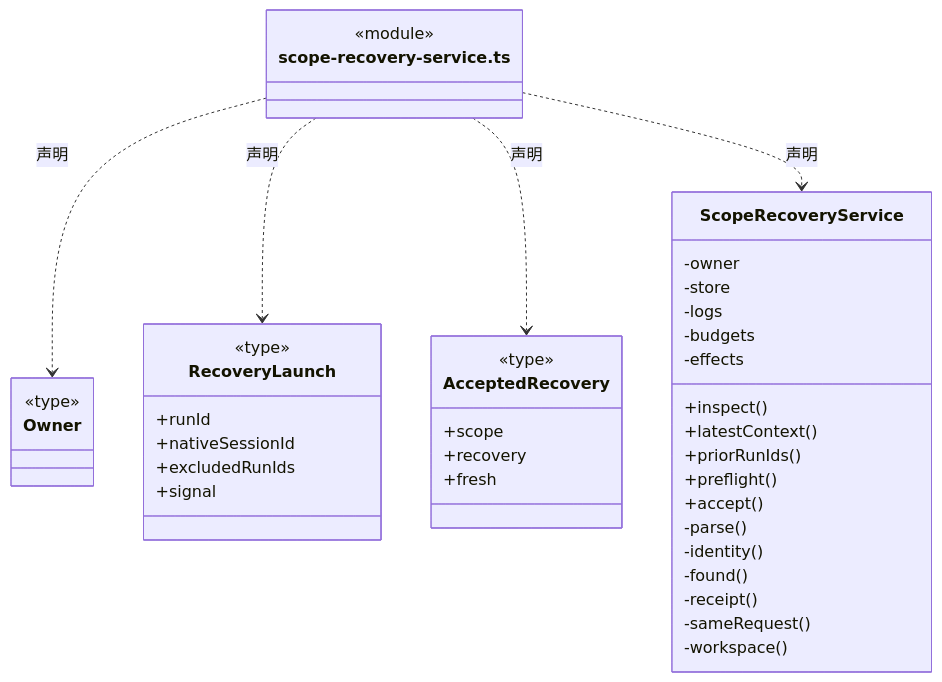
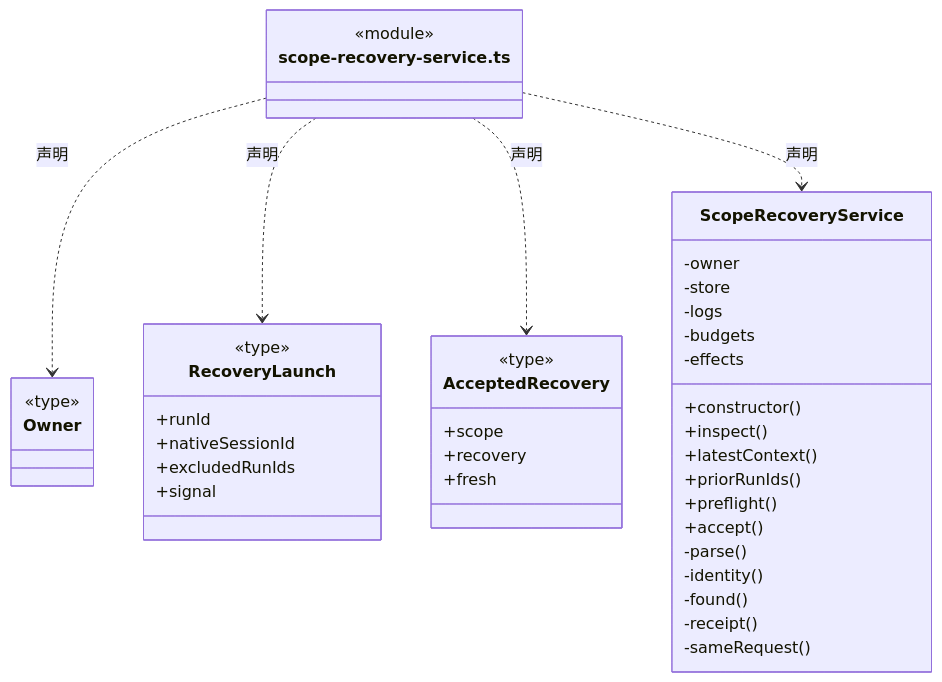
Before and after one commit to nan023062/cbim: diagram 17 of 25 in src/logic/tasks/runtime/ARCHITECTURE.md, drawn with Mermaid. The commit also changed other lines of this file and 139 other files, not shown here.

Commit message:
docs(architecture): add source reading paths and complete file inventories

````diff
--- a/src/logic/tasks/runtime/ARCHITECTURE.md
+++ b/src/logic/tasks/runtime/ARCHITECTURE.md
@@ -427,45 +441,45 @@
 ```mermaid
 classDiagram
 class N_src_logic_tasks_runtime_scope_recovery_service_ts["scope-recovery-service.ts"] {
   <<module>>
 }
 class N_src_logic_tasks_runtime_scope_recovery_service_ts_Owner["Owner"] {
   <<type>>
 
 }
 N_src_logic_tasks_runtime_scope_recovery_service_ts ..> N_src_logic_tasks_runtime_scope_recovery_service_ts_Owner : 声明
 class N_src_logic_tasks_runtime_scope_recovery_service_ts_RecoveryLaunch["RecoveryLaunch"] {
   <<type>>
   +runId
   +nativeSessionId
   +excludedRunIds
   +signal
 }
 N_src_logic_tasks_runtime_scope_recovery_service_ts ..> N_src_logic_tasks_runtime_scope_recovery_service_ts_RecoveryLaunch : 声明
 class N_src_logic_tasks_runtime_scope_recovery_service_ts_AcceptedRecovery["AcceptedRecovery"] {
   <<type>>
   +scope
   +recovery
   +fresh
 }
 N_src_logic_tasks_runtime_scope_recovery_service_ts ..> N_src_logic_tasks_runtime_scope_recovery_service_ts_AcceptedRecovery : 声明
 class N_src_logic_tasks_runtime_scope_recovery_service_ts_ScopeRecoveryService["ScopeRecoveryService"] {
+  +constructor()
   +inspect()
   +latestContext()
   +priorRunIds()
   +preflight()
   +accept()
   -owner
   -store
   -logs
   -budgets
   -effects
   -parse()
   -identity()
   -found()
   -receipt()
   -sameRequest()
-  -workspace()
 }
 N_src_logic_tasks_runtime_scope_recovery_service_ts ..> N_src_logic_tasks_runtime_scope_recovery_service_ts_ScopeRecoveryService : 声明
 ```
````
